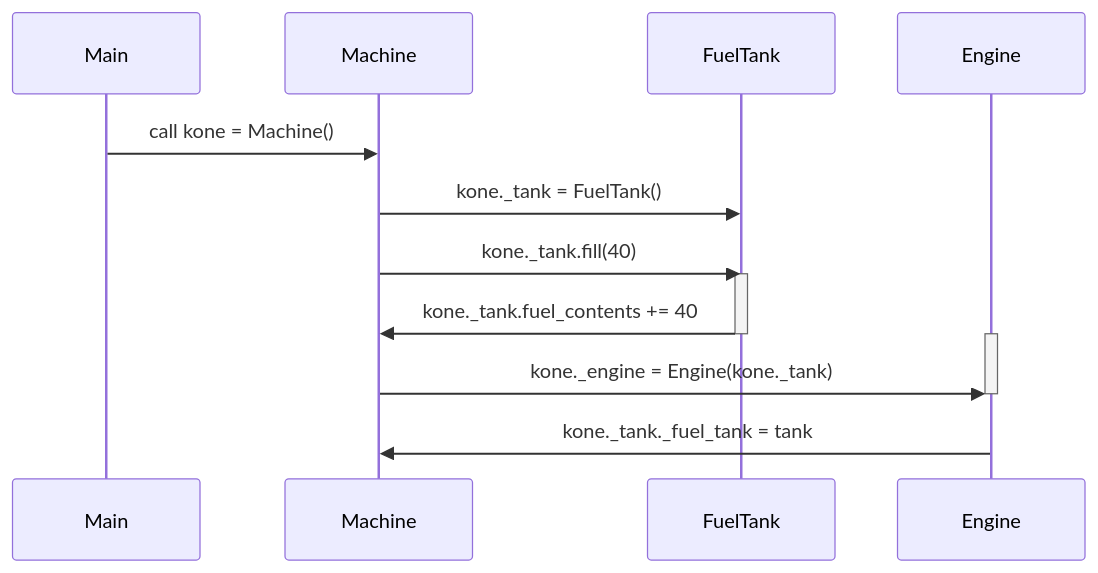
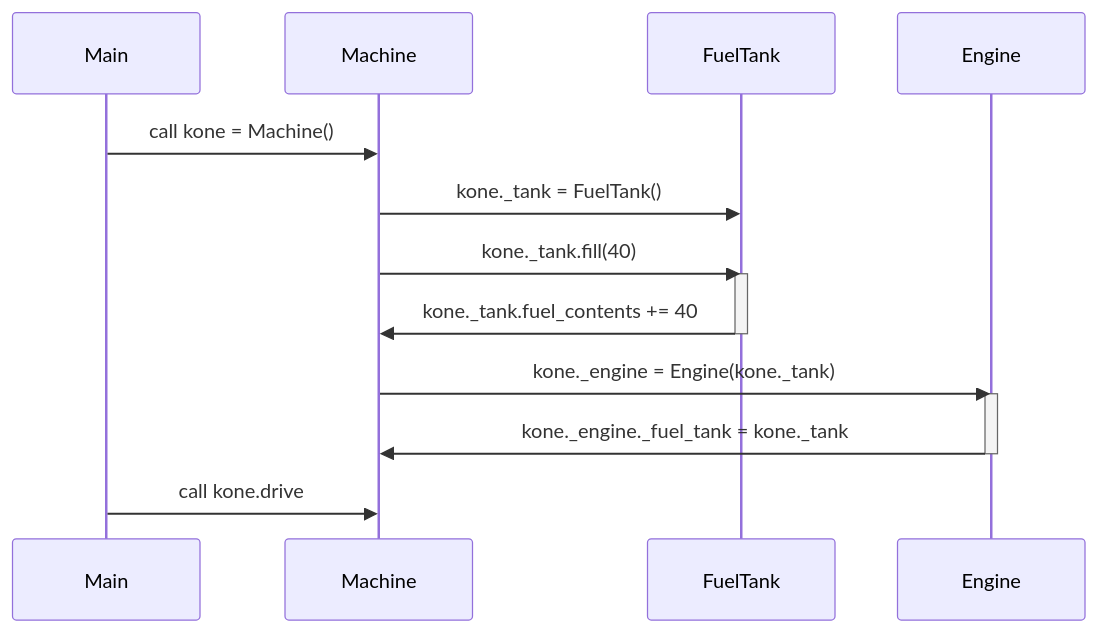
Before and after one commit to EeroAnt/ot-harjoitusty-: the diagram in laskarit/viikko3/sekvenssikaavio.md, drawn with Mermaid.

Commit message:
sekvenssikaavio v0.16

````diff
--- a/laskarit/viikko3/sekvenssikaavio.md
+++ b/laskarit/viikko3/sekvenssikaavio.md
@@ -1,18 +1,18 @@
 ```mermaid
 sequenceDiagram
   participant Main
   participant Machine
   participant FuelTank
   participant Engine
   Main->>Machine: call kone = Machine()
   Machine->>FuelTank: kone._tank = FuelTank()
   Machine->>FuelTank: kone._tank.fill(40)
   activate FuelTank
   FuelTank->>Machine: kone._tank.fuel_contents += 40  
   deactivate FuelTank
+  Machine->>Engine: kone._engine = Engine(kone._tank)
   activate Engine
-  Machine->>Engine: kone._engine = Engine(kone._tank)
+  Engine->>Machine: kone._engine._fuel_tank = kone._tank
   deactivate Engine
-  Engine->>Machine: kone._tank._fuel_tank = tank
-  
+  Main->>Machine: call kone.drive
 ```
````
